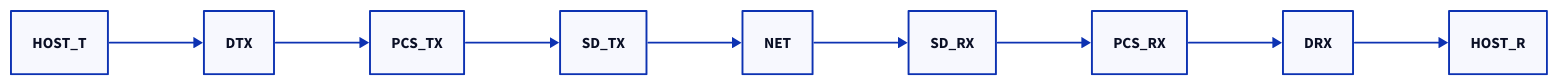
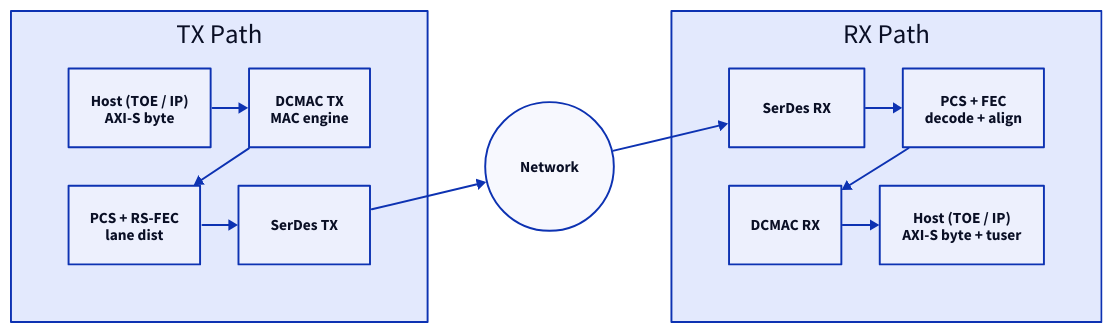
The first of 2 diagrams in topics/ethernet_dcmac/docs/04_quick_reference_card.md (humbleowl39/DV_SKOOL), drawn with D2 before and after one commit. The commit also changed other lines of this file and 90 other files, not shown here.

First line of the commit message:
docs: 전 토픽 다이어그램 정비 — ASCII→D2, mermaid→D2, 과대 D2 가시성 수정

````diff
--- a/topics/ethernet_dcmac/docs/04_quick_reference_card.md
+++ b/topics/ethernet_dcmac/docs/04_quick_reference_card.md
@@ -60,21 +60,30 @@
 ```d2
-direction: right
+direction: down
 
-# unparsed: HOST_T["Host (TOE / IP)<br/>↓ AXI-S byte"]
-# unparsed: DTX["DCMAC TX<br/>MAC engine"]
-# unparsed: PCS_TX["PCS + RS-FEC + lane dist<br/>(block, PHY 영역)"]
-# unparsed: SD_TX["SerDes"]
-# unparsed: NET((Network))
-# unparsed: SD_RX["SerDes"]
-# unparsed: PCS_RX["PCS + FEC decode + align"]
-# unparsed: DRX["DCMAC RX"]
-# unparsed: HOST_R["Host (TOE / IP)<br/>↑ AXI-S byte + tuser<br/>(bad_fcs, vlan_tagged, ts)"]
-HOST_T -> DTX
-DTX -> PCS_TX
-PCS_TX -> SD_TX
-SD_TX -> NET
-NET -> SD_RX
-SD_RX -> PCS_RX
-PCS_RX -> DRX
-DRX -> HOST_R
+TX_PATH: "TX Path" {
+  grid-rows: 2
+  HOST_T: "Host (TOE / IP)\nAXI-S byte"
+  DTX: "DCMAC TX\nMAC engine"
+  PCS_TX: "PCS + RS-FEC\nlane dist"
+  SD_TX: "SerDes TX"
+  HOST_T -> DTX
+  DTX -> PCS_TX
+  PCS_TX -> SD_TX
+}
+
+NET: "Network" { shape: circle }
+
+RX_PATH: "RX Path" {
+  grid-rows: 2
+  SD_RX: "SerDes RX"
+  PCS_RX: "PCS + FEC\ndecode + align"
+  DRX: "DCMAC RX"
+  HOST_R: "Host (TOE / IP)\nAXI-S byte + tuser"
+  SD_RX -> PCS_RX
+  PCS_RX -> DRX
+  DRX -> HOST_R
+}
+
+TX_PATH.SD_TX -> NET
+NET -> RX_PATH.SD_RX
 ```
````
